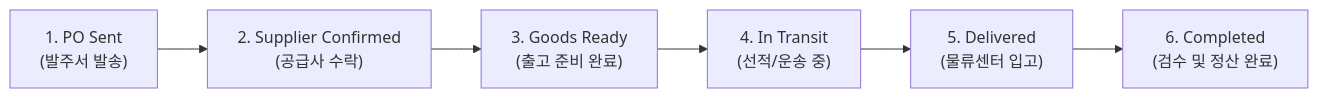
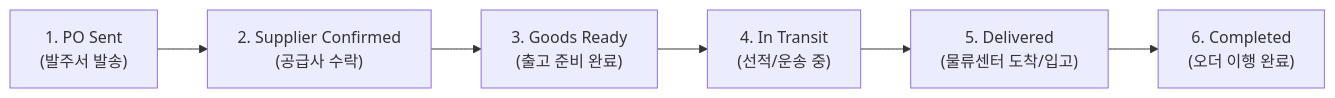
One commit to chaehahm-Kr/KBGP-Portal changed the third of 5 diagrams in Manuals/MAN-B-ORD-001_Order-Management/02_CLAUDE_PACKAGE/03_DIAGRAMS/ORDER_ARCHITECTURE_DIAGRAMS.md. Above: the diagram before and after it, drawn with Mermaid. The commit also changed other lines of this file and 22 other files, not shown here.

````diff
--- a/Manuals/MAN-B-ORD-001_Order-Management/02_CLAUDE_PACKAGE/03_DIAGRAMS/ORDER_ARCHITECTURE_DIAGRAMS.md
+++ b/Manuals/MAN-B-ORD-001_Order-Management/02_CLAUDE_PACKAGE/03_DIAGRAMS/ORDER_ARCHITECTURE_DIAGRAMS.md
@@ -73,12 +73,12 @@
 ```mermaid
 graph LR
     S1["1. PO Sent<br/>(발주서 발송)"] --> S2["2. Supplier Confirmed<br/>(공급사 수락)"]
     S2 --> S3["3. Goods Ready<br/>(출고 준비 완료)"]
     S3 --> S4["4. In Transit<br/>(선적/운송 중)"]
-    S4 --> S5["5. Delivered<br/>(물류센터 입고)"]
-    S5 --> S6["6. Completed<br/>(검수 및 정산 완료)"]
+    S4 --> S5["5. Delivered<br/>(물류센터 도착/입고)"]
+    S5 --> S6["6. Completed<br/>(오더 이행 완료)"]
 
     classDef active fill:#059669,stroke:#047857,color:#fff;
     classDef transit fill:#3b82f6,stroke:#1d4ed8,color:#fff;
     classDef pending fill:#f59e0b,stroke:#d97706,color:#fff;
 ```
````
